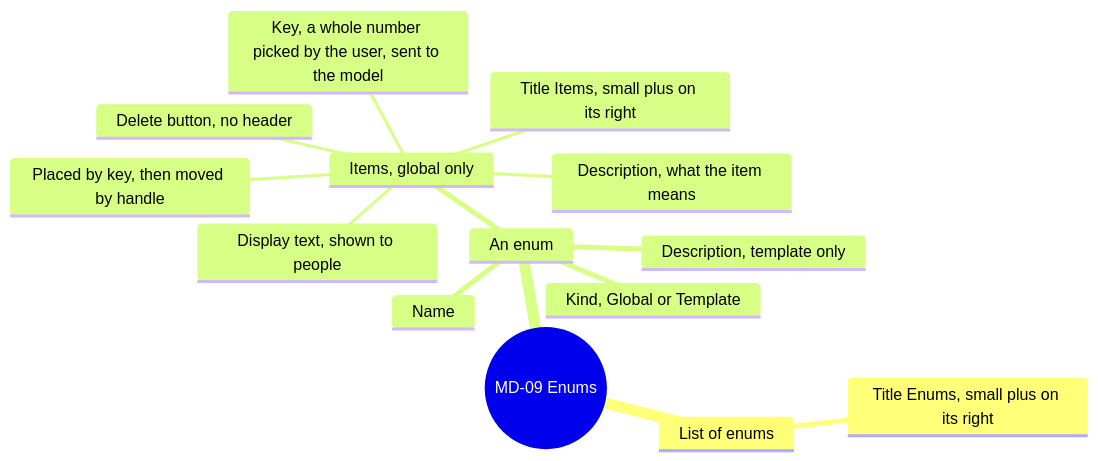
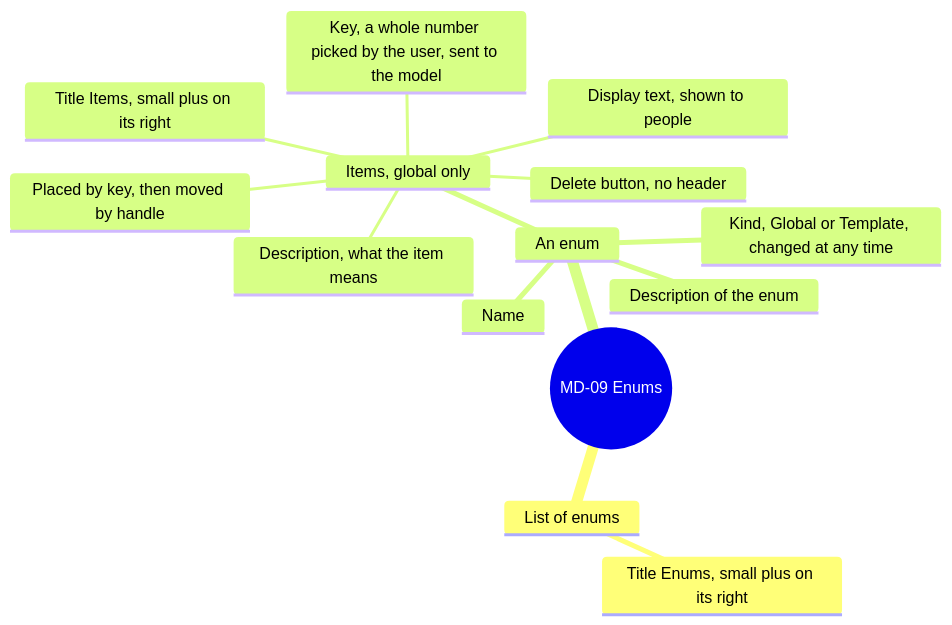
Diagram 15 of 16 in screens/metadata.md (AlexandreGallais/synoptic-studio-spec), drawn with Mermaid before and after one commit. The commit also changed other lines of this file and 14 other files, not shown here.

````diff
--- a/screens/metadata.md
+++ b/screens/metadata.md
@@ -496,17 +498,17 @@
 ```mermaid
 mindmap
   root((MD-09 Enums))
     List of enums
       Title Enums, small plus on its right
     An enum
       Name
-      Kind, Global or Template
-      Description, template only
+      Kind, Global or Template, changed at any time
+      Description of the enum
       Items, global only
         Title Items, small plus on its right
         Key, a whole number picked by the user, sent to the model
         Display text, shown to people
         Description, what the item means
         Delete button, no header
         Placed by key, then moved by handle
 ```
````
